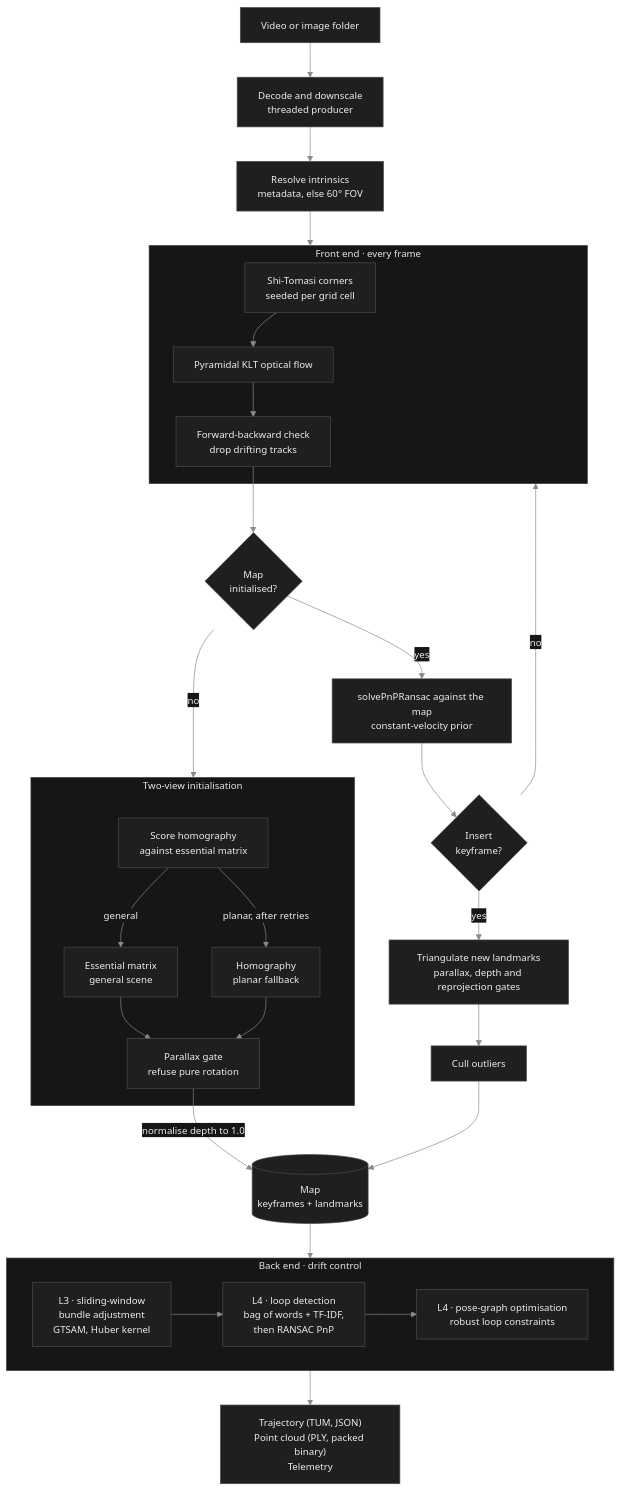
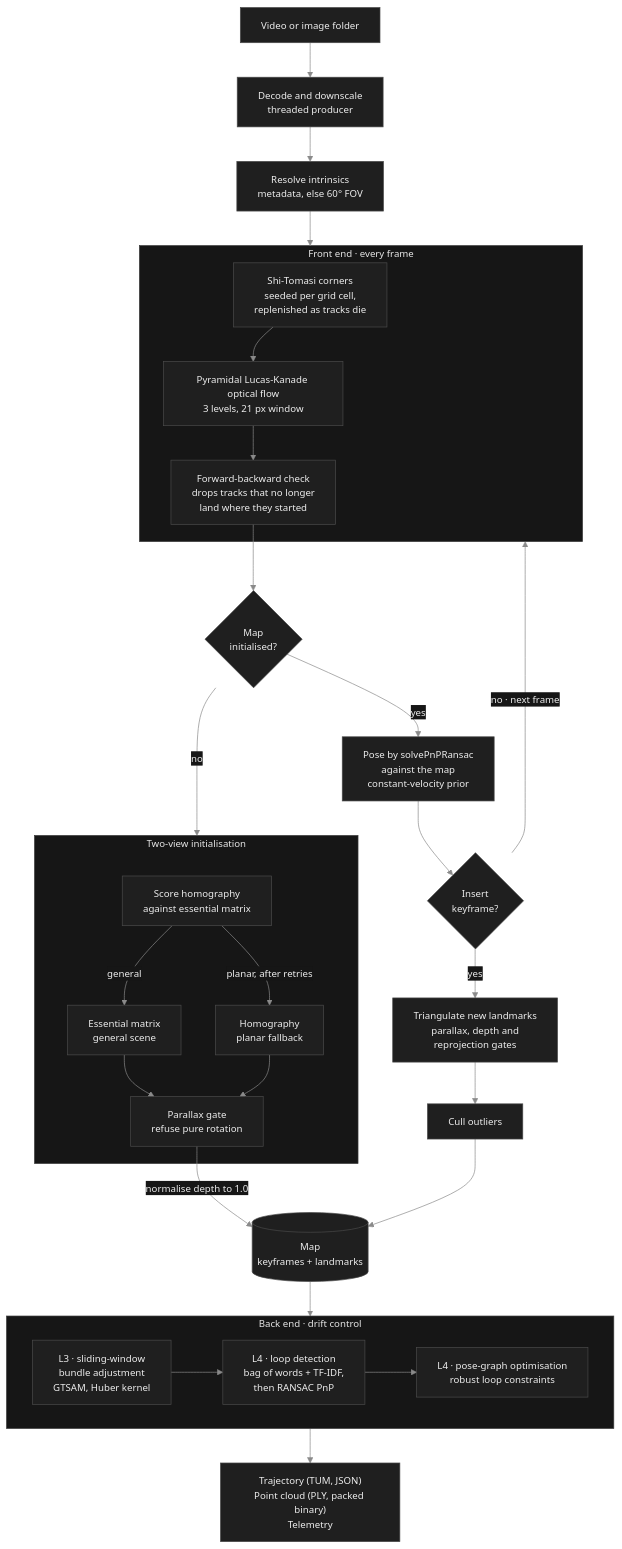
The first of 2 diagrams in README.md (muditagrawal-alt/Monocular_RGB_Sparse_Point_Cloud_SLAM), drawn with Mermaid before and after one commit.

Commit message:
docs: sharpen the pipeline diagram labels and name the frame loop

````diff
--- a/README.md
+++ b/README.md
@@ -285,54 +285,54 @@
 ```mermaid
 %%{init: {'theme':'base','themeVariables':{
 'primaryColor':'#1f1f1f','primaryTextColor':'#ededed','primaryBorderColor':'#4a4a4a',
 'lineColor':'#8a8a8a','secondaryColor':'#262626','tertiaryColor':'#191919',
 'clusterBkg':'#161616','clusterBorder':'#3a3a3a',
 'edgeLabelBackground':'#161616','fontSize':'14px'}}}%%
 flowchart TD
     vid["Video or image folder"] --> dec["Decode and downscale<br/>threaded producer"]
     dec --> intr["Resolve intrinsics<br/>metadata, else 60° FOV"]
 
     intr --> fe
 
     subgraph fe["Front end · every frame"]
-        seed["Shi-Tomasi corners<br/>seeded per grid cell"]
-        klt["Pyramidal KLT optical flow"]
-        fb["Forward-backward check<br/>drop drifting tracks"]
+        seed["Shi-Tomasi corners<br/>seeded per grid cell,<br/>replenished as tracks die"]
+        klt["Pyramidal Lucas-Kanade optical flow<br/>3 levels, 21 px window"]
+        fb["Forward-backward check<br/>drops tracks that no longer<br/>land where they started"]
         seed --> klt --> fb
     end
 
     fb --> init{"Map<br/>initialised?"}
 
     init -->|"no"| two
 
     subgraph two["Two-view initialisation"]
         score["Score homography<br/>against essential matrix"]
         ess["Essential matrix<br/>general scene"]
         hom["Homography<br/>planar fallback"]
         par["Parallax gate<br/>refuse pure rotation"]
         score -->|"general"| ess
         score -->|"planar, after retries"| hom
         ess --> par
         hom --> par
     end
 
     par -->|"normalise depth to 1.0"| map[("Map<br/>keyframes + landmarks")]
 
-    init -->|"yes"| track["solvePnPRansac against the map<br/>constant-velocity prior"]
+    init -->|"yes"| track["Pose by solvePnPRansac<br/>against the map<br/>constant-velocity prior"]
     track --> kf{"Insert<br/>keyframe?"}
-    kf -->|"no"| fe
-    kf -->|"yes"| tri["Triangulate new landmarks<br/>parallax, depth and reprojection gates"]
+    kf -->|"no · next frame"| fe
+    kf -->|"yes"| tri["Triangulate new landmarks<br/>parallax, depth and<br/>reprojection gates"]
     tri --> cull["Cull outliers"]
     cull --> map
 
     map --> back
 
     subgraph back["Back end · drift control"]
         ba["L3 · sliding-window<br/>bundle adjustment<br/>GTSAM, Huber kernel"]
         loop["L4 · loop detection<br/>bag of words + TF-IDF,<br/>then RANSAC PnP"]
         pgo["L4 · pose-graph optimisation<br/>robust loop constraints"]
         ba --> loop --> pgo
     end
 
     back --> out["Trajectory (TUM, JSON)<br/>Point cloud (PLY, packed binary)<br/>Telemetry"]
 ```
````
